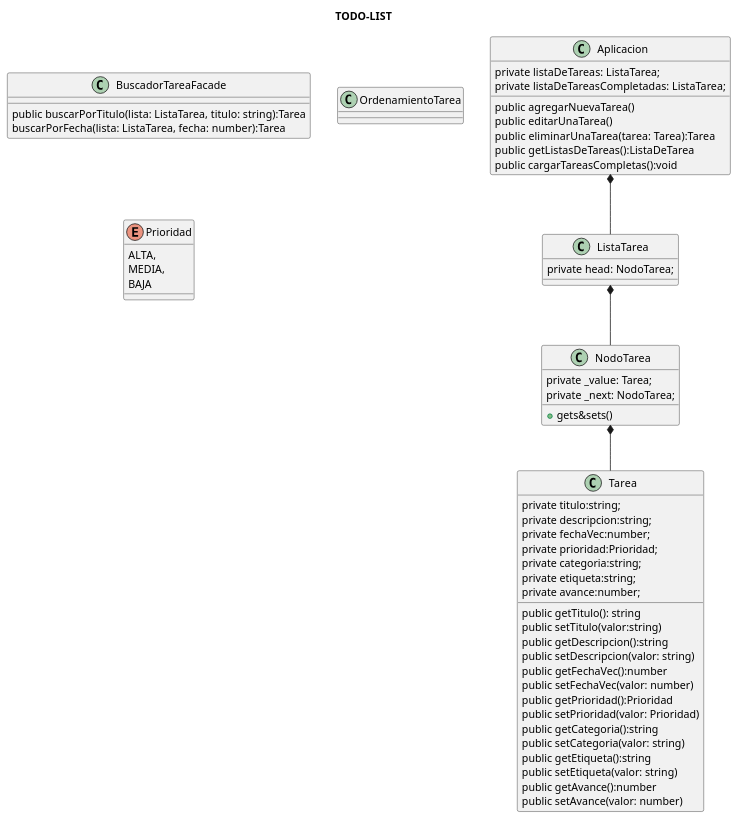
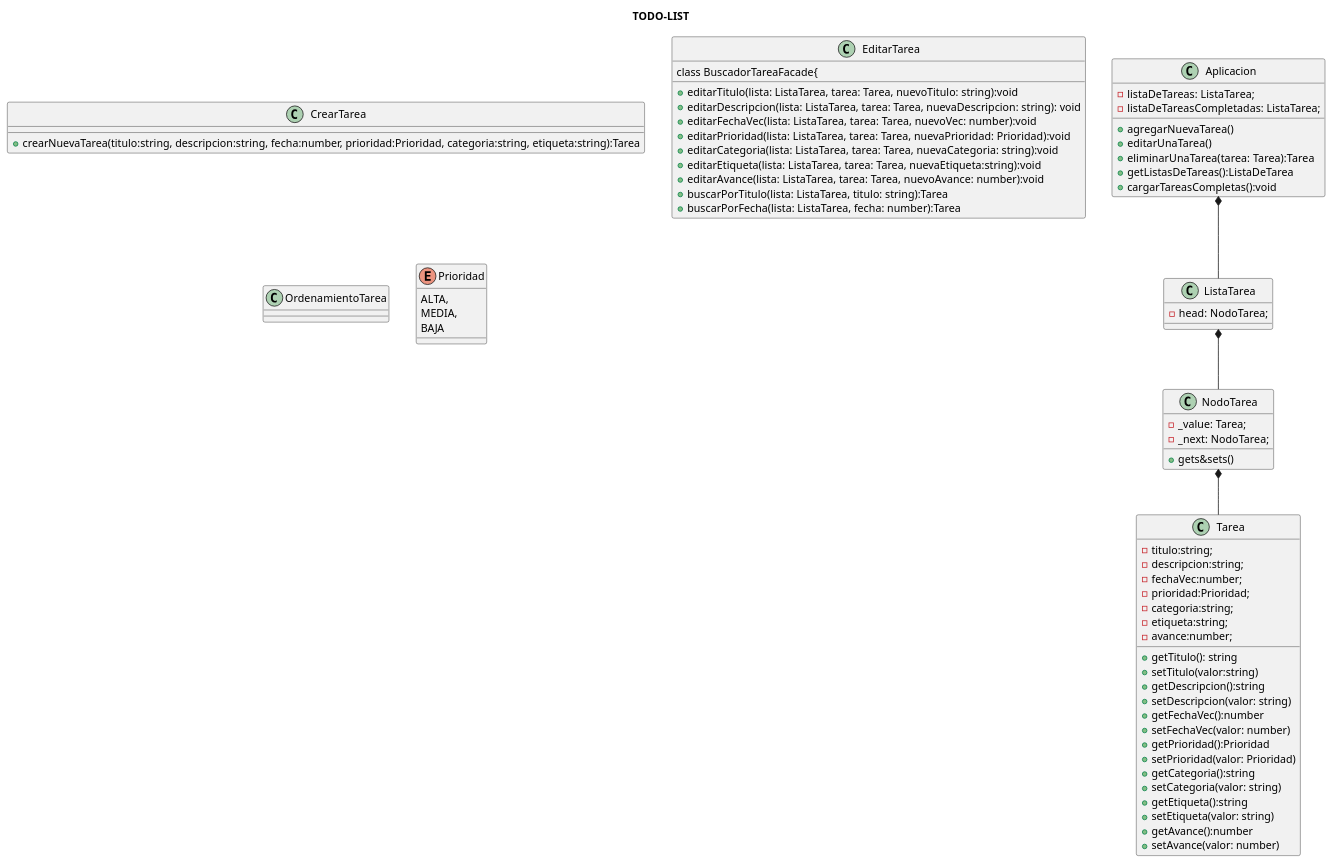
One commit to LucasFrey-tech/TODO-LIST changed the diagram in Diagram/Diagrama2.puml. Above: the diagram before and after it, drawn with PlantUML. The commit also changed 1 other file, not shown here.

Commit message:
cambios en el diagrama

```diff
--- a/Diagram/Diagrama2.puml
+++ b/Diagram/Diagrama2.puml
@@ -1,75 +1,89 @@
 @startuml DiagramaClases
 
 title TODO-LIST
 
 class Aplicacion{
-    private listaDeTareas: ListaTarea;
-    private listaDeTareasCompletadas: ListaTarea;
+    - listaDeTareas: ListaTarea;
+    - listaDeTareasCompletadas: ListaTarea;
     
-    public agregarNuevaTarea()
-    public editarUnaTarea()
-    public eliminarUnaTarea(tarea: Tarea):Tarea
-    public getListasDeTareas():ListaDeTarea
-    public cargarTareasCompletas():void
+    + agregarNuevaTarea()
+    + editarUnaTarea()
+    + eliminarUnaTarea(tarea: Tarea):Tarea
+    + getListasDeTareas():ListaDeTarea
+    + cargarTareasCompletas():void
 }
 
 class Tarea{
-    private titulo:string;
-    private descripcion:string;
-    private fechaVec:number;
-    private prioridad:Prioridad;
-    private categoria:string;
-    private etiqueta:string;
-    private avance:number;
+    - titulo:string;
+    - descripcion:string;
+    - fechaVec:number;
+    - prioridad:Prioridad;
+    - categoria:string;
+    - etiqueta:string;
+    - avance:number;
 
-    public getTitulo(): string
-    public setTitulo(valor:string)
-    public getDescripcion():string
-    public setDescripcion(valor: string)
-    public getFechaVec():number
-    public setFechaVec(valor: number)
-    public getPrioridad():Prioridad
-    public setPrioridad(valor: Prioridad)
-    public getCategoria():string
-    public setCategoria(valor: string)
-    public getEtiqueta():string
-    public setEtiqueta(valor: string)
-    public getAvance():number
-    public setAvance(valor: number)
+    + getTitulo(): string
+    + setTitulo(valor:string)
+    + getDescripcion():string
+    + setDescripcion(valor: string)
+    + getFechaVec():number
+    + setFechaVec(valor: number)
+    + getPrioridad():Prioridad
+    + setPrioridad(valor: Prioridad)
+    + getCategoria():string
+    + setCategoria(valor: string)
+    + getEtiqueta():string
+    + setEtiqueta(valor: string)
+    + getAvance():number
+    + setAvance(valor: number)
 }
 
 class NodoTarea{
-    private _value: Tarea;
-    private _next: NodoTarea;
+    - _value: Tarea;
+    - _next: NodoTarea;
 
     + gets&sets()
 }
 
 class ListaTarea{
-    private head: NodoTarea;
+    - head: NodoTarea;
 }
 
+class CrearTarea{
+    + crearNuevaTarea(titulo:string, descripcion:string, fecha:number, prioridad:Prioridad, categoria:string, etiqueta:string):Tarea
+}
+
+class EditarTarea{
+    + editarTitulo(lista: ListaTarea, tarea: Tarea, nuevoTitulo: string):void
+    + editarDescripcion(lista: ListaTarea, tarea: Tarea, nuevaDescripcion: string): void
+    + editarFechaVec(lista: ListaTarea, tarea: Tarea, nuevoVec: number):void
+    + editarPrioridad(lista: ListaTarea, tarea: Tarea, nuevaPrioridad: Prioridad):void
+    + editarCategoria(lista: ListaTarea, tarea: Tarea, nuevaCategoria: string):void
+    + editarEtiqueta(lista: ListaTarea, tarea: Tarea, nuevaEtiqueta:string):void
+    + editarAvance(lista: ListaTarea, tarea: Tarea, nuevoAvance: number):void
+
 class BuscadorTareaFacade{
-    public buscarPorTitulo(lista: ListaTarea, titulo: string):Tarea
-    buscarPorFecha(lista: ListaTarea, fecha: number):Tarea
+    + buscarPorTitulo(lista: ListaTarea, titulo: string):Tarea
+    + buscarPorFecha(lista: ListaTarea, fecha: number):Tarea
 }
+
 
 class OrdenamientoTarea{
 
 }
 
 
 
 enum Prioridad{
     ALTA,
     MEDIA,
     BAJA
 }
 
 'relaciones
 Aplicacion *-- ListaTarea
 
 ListaTarea *-- NodoTarea
 NodoTarea *-- Tarea
 
 @enduml
```
